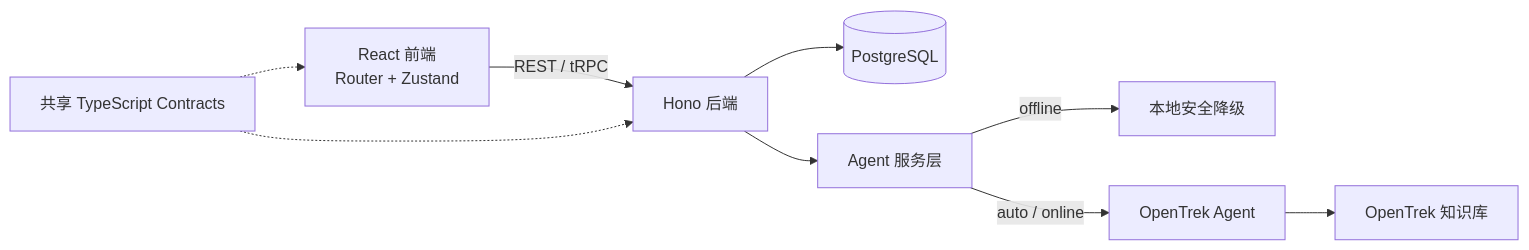
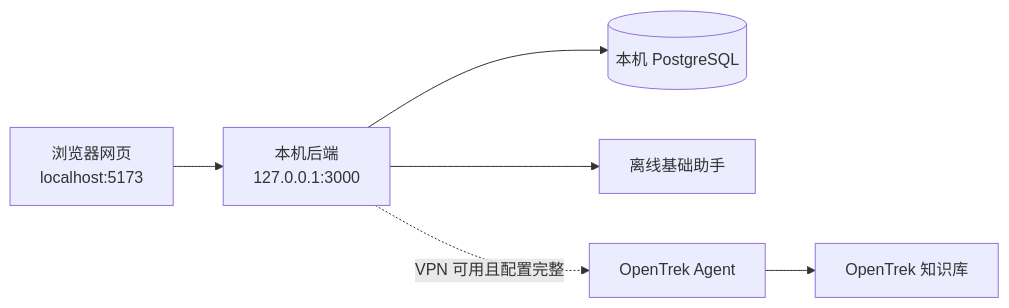
One commit to Valar-MO/Lutealark changed the diagram in README.md. Above: the diagram before and after it, drawn with Mermaid. The commit also changed other lines of this file and 113 other files, not shown here.

Commit message:
Harden local web runtime and OpenTrek RAG evidence

````diff
--- a/README.md
+++ b/README.md
@@ -58,11 +43,8 @@
 ```mermaid
 flowchart LR
-  UI["React 前端<br/>Router + Zustand"] -->|REST / tRPC| API[Hono 后端]
-  API --> PG[(PostgreSQL)]
-  API --> AGENT[Agent 服务层]
-  AGENT -->|offline| LOCAL[本地安全降级]
-  AGENT -->|auto / online| OT[OpenTrek Agent]
-  OT --> RAG[OpenTrek 知识库]
-  CONTRACTS[共享 TypeScript Contracts] -.-> UI
-  CONTRACTS -.-> API
+  WEB["浏览器网页<br/>localhost:5173"] --> API["本机后端<br/>127.0.0.1:3000"]
+  API --> PG[(本机 PostgreSQL)]
+  API --> LOCAL["离线基础助手"]
+  API -. "VPN 可用且配置完整" .-> OT["OpenTrek Agent"]
+  OT --> RAG["OpenTrek 知识库"]
 ```
````
